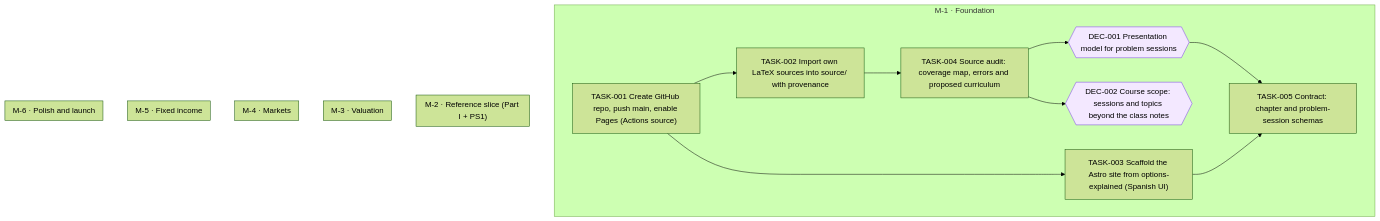
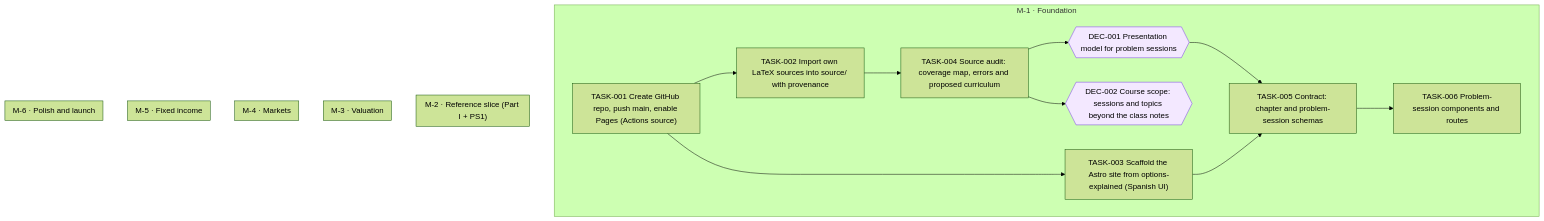
One commit to jesusvillota/economia-financiera changed the diagram in goals/course-site/README.md. Above: the diagram before and after it, drawn with Mermaid (forest theme). The commit also changed 1 other file, not shown here.

Commit message:
goal(course-site): add TASK-006 Problem-session components and routes

````diff
--- a/goals/course-site/README.md
+++ b/goals/course-site/README.md
@@ -19,34 +19,36 @@
 ```mermaid
 flowchart TD
   subgraph M_1["M-1 · Foundation"]
     DEC_001{{"DEC-001 Presentation model for problem sessions"}}
     DEC_002{{"DEC-002 Course scope: sessions and topics beyond the class notes"}}
     TASK_001["TASK-001 Create GitHub repo, push main, enable Pages (Actions source)"]
     TASK_002["TASK-002 Import own LaTeX sources into source/ with provenance"]
     TASK_003["TASK-003 Scaffold the Astro site from options-explained (Spanish UI)"]
     TASK_004["TASK-004 Source audit: coverage map, errors and proposed curriculum"]
     TASK_005["TASK-005 Contract: chapter and problem-session schemas"]
+    TASK_006["TASK-006 Problem-session components and routes"]
   end
   subgraph M_2["M-2 · Reference slice (Part I + PS1)"]
   end
   subgraph M_3["M-3 · Valuation"]
   end
   subgraph M_4["M-4 · Markets"]
   end
   subgraph M_5["M-5 · Fixed income"]
   end
   subgraph M_6["M-6 · Polish and launch"]
   end
   TASK_004 --> DEC_001
   TASK_004 --> DEC_002
   TASK_001 --> TASK_002
   TASK_001 --> TASK_003
   TASK_002 --> TASK_004
   DEC_001 --> TASK_005
   TASK_003 --> TASK_005
+  TASK_005 --> TASK_006
   classDef draft stroke-dasharray: 4 3
   classDef cancelled opacity:0.45
   classDef decision fill:#f3e8ff,stroke:#7c3aed
   class DEC_001 decision
   class DEC_002 decision
 ```
````
